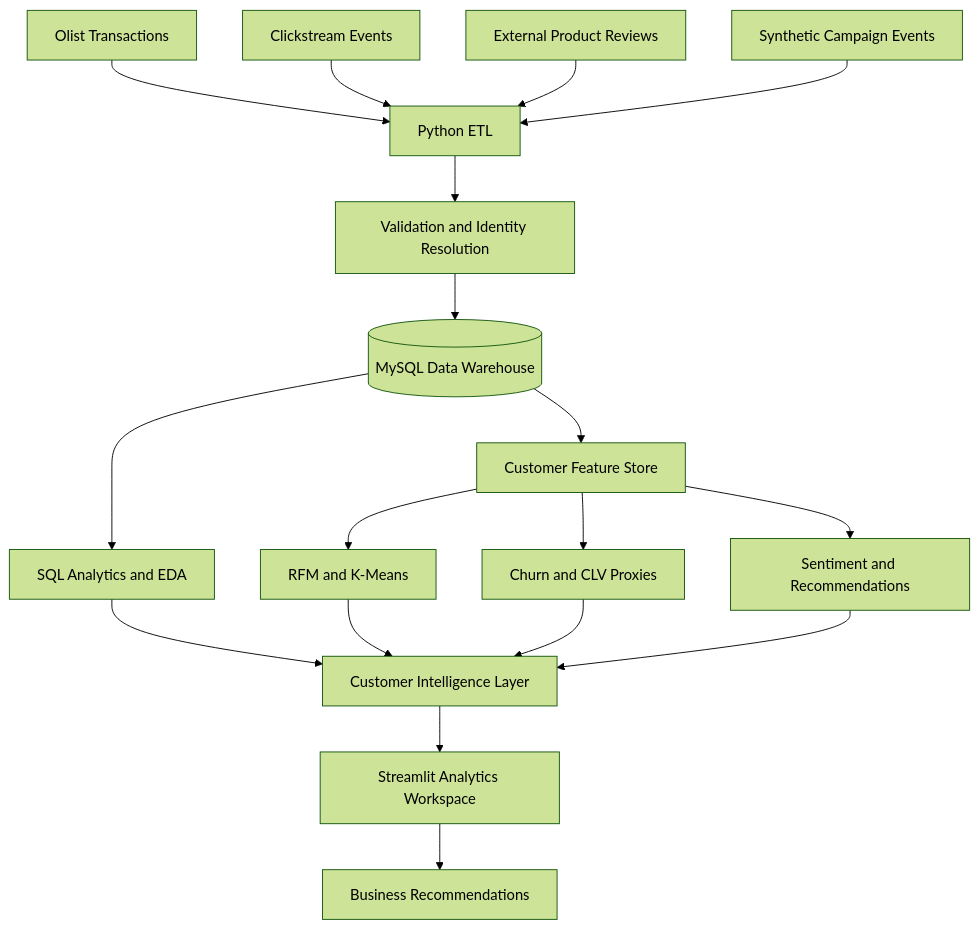
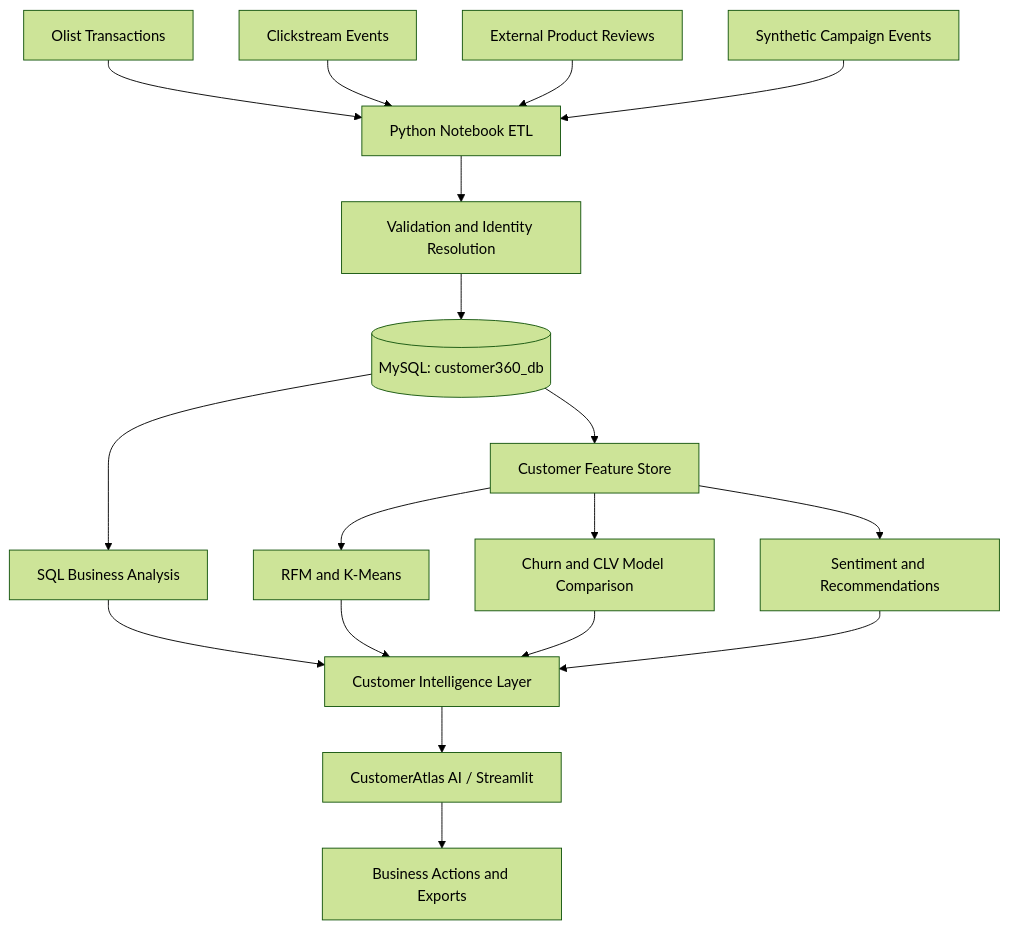
The first of 3 diagrams in README.md (suhani-chauhan56/Customer-360-Intelligence-Platform), drawn with Mermaid (forest theme) before and after one commit. The commit also changed other lines of this file and 20 other files, not shown here.

Commit message:
feat: initialize project structure with ML modeling pipelines, ETL notebooks, and Streamlit application

````diff
--- a/README.md
+++ b/README.md
@@ -51,23 +62,23 @@
 ```mermaid
 flowchart TD
-    A[Olist Transactions] --> E[Python ETL]
+    A[Olist Transactions] --> E[Python Notebook ETL]
     B[Clickstream Events] --> E
     C[External Product Reviews] --> E
     D[Synthetic Campaign Events] --> E
 
     E --> F[Validation and Identity Resolution]
-    F --> G[(MySQL Data Warehouse)]
-    G --> H[SQL Analytics and EDA]
+    F --> G[(MySQL: customer360_db)]
+    G --> H[SQL Business Analysis]
     G --> I[Customer Feature Store]
 
     I --> J[RFM and K-Means]
-    I --> K[Churn and CLV Proxies]
+    I --> K[Churn and CLV Model Comparison]
     I --> L[Sentiment and Recommendations]
 
     H --> M[Customer Intelligence Layer]
     J --> M
     K --> M
     L --> M
-    M --> N[Streamlit Analytics Workspace]
-    N --> O[Business Recommendations]
+    M --> N[CustomerAtlas AI / Streamlit]
+    N --> O[Business Actions and Exports]
 ```
````
